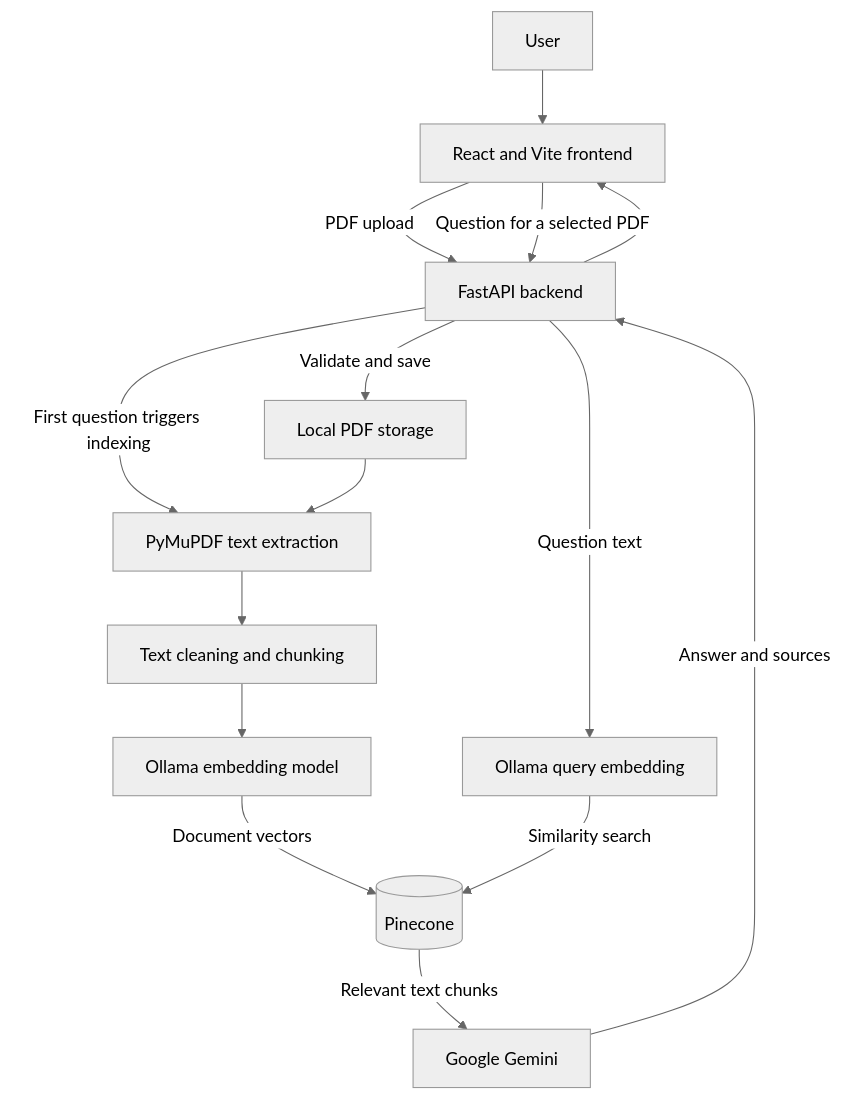
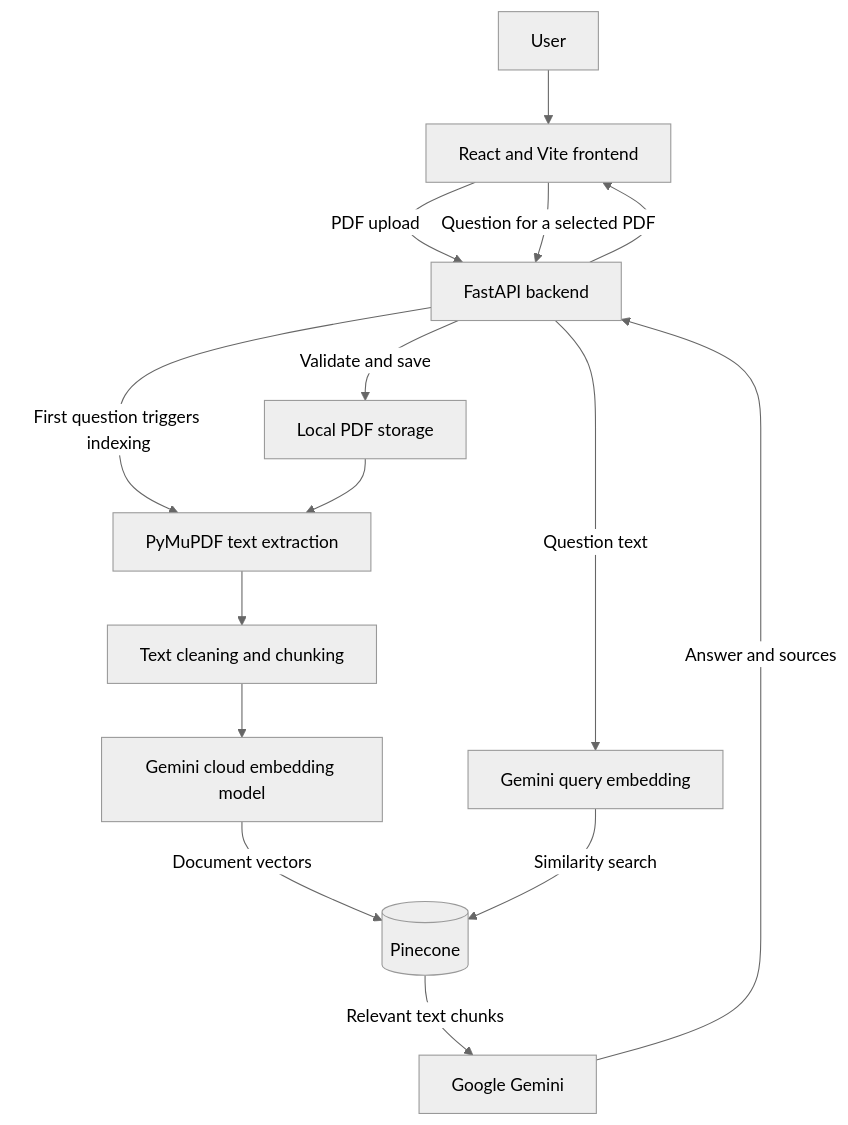
Before and after one commit to SamadhanEkad/OmniBrain: the diagram in README.md, drawn with Mermaid (neutral theme). The commit also changed other lines of this file and 9 other files, not shown here.

````diff
--- a/README.md
+++ b/README.md
@@ -29,17 +29,17 @@
 ```mermaid
 flowchart TD
     U[User] --> FE[React and Vite frontend]
     FE -->|PDF upload| API[FastAPI backend]
     API -->|Validate and save| PDF[Local PDF storage]
     FE -->|Question for a selected PDF| API
     API -->|First question triggers indexing| EX[PyMuPDF text extraction]
     PDF --> EX
     EX --> CH[Text cleaning and chunking]
-    CH --> EMB[Ollama embedding model]
+    CH --> EMB[Gemini cloud embedding model]
     EMB -->|Document vectors| DB[(Pinecone)]
-    API -->|Question text| QE[Ollama query embedding]
+    API -->|Question text| QE[Gemini query embedding]
     QE -->|Similarity search| DB
     DB -->|Relevant text chunks| GEN[Google Gemini]
     GEN -->|Answer and sources| API
     API --> FE
 ```
````
